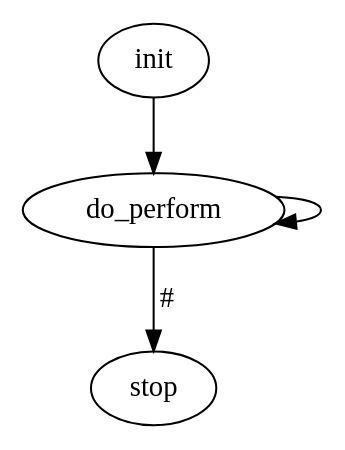
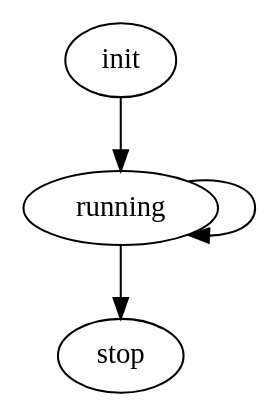
One commit to pbosetti/gv_fsm changed the diagram in simple.dot. Above: the diagram before and after it, drawn with Graphviz. The commit also changed 1 other file, not shown here.

```diff
--- a/simple.dot
+++ b/simple.dot
@@ -1,6 +1,5 @@
 digraph "simple" {
-  run [label = "do_perform"]
-  init -> run
-  run -> run
-  run -> stop [label="#"]
+  init->running
+  running->running
+  running->stop
 }
```
